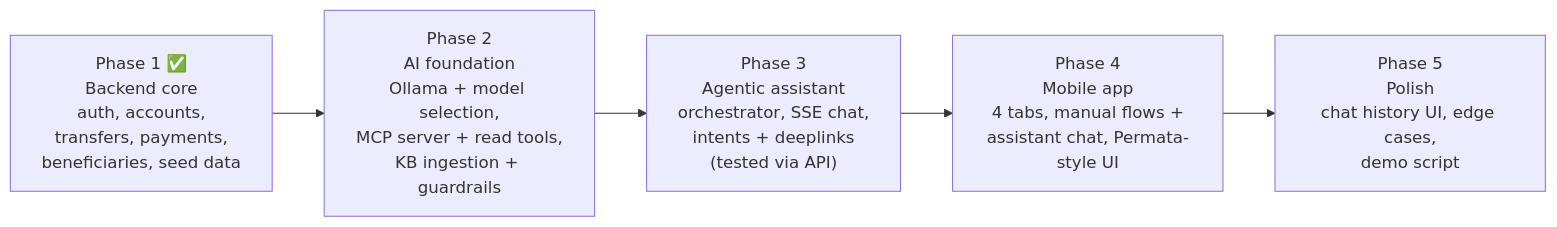
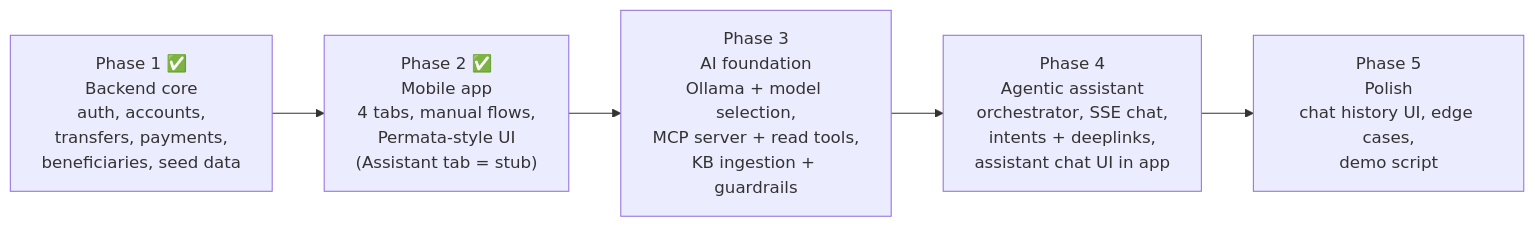
Before and after one commit to bala-bala-goreng/banking-ai-assistant: the tenth of 10 diagrams in README.md, drawn with Mermaid. The commit also changed other lines of this file and 81 other files, not shown here.

Commit message:
phase 2 for mobile and split readme

````diff
--- a/README.md
+++ b/README.md
@@ -738,9 +738,9 @@
 ```mermaid
 flowchart LR
     P1["Phase 1 ✅<br/>Backend core<br/>auth, accounts,<br/>transfers, payments,<br/>beneficiaries, seed data"]
-    P2["Phase 2<br/>AI foundation<br/>Ollama + model selection,<br/>MCP server + read tools,<br/>KB ingestion + guardrails"]
-    P3["Phase 3<br/>Agentic assistant<br/>orchestrator, SSE chat,<br/>intents + deeplinks<br/>(tested via API)"]
-    P4["Phase 4<br/>Mobile app<br/>4 tabs, manual flows +<br/>assistant chat, Permata-style UI"]
+    P2["Phase 2 ✅<br/>Mobile app<br/>4 tabs, manual flows,<br/>Permata-style UI<br/>(Assistant tab = stub)"]
+    P3["Phase 3<br/>AI foundation<br/>Ollama + model selection,<br/>MCP server + read tools,<br/>KB ingestion + guardrails"]
+    P4["Phase 4<br/>Agentic assistant<br/>orchestrator, SSE chat,<br/>intents + deeplinks,<br/>assistant chat UI in app"]
     P5["Phase 5<br/>Polish<br/>chat history UI, edge cases,<br/>demo script"]
     P1 --> P2 --> P3 --> P4 --> P5
 ```
````
